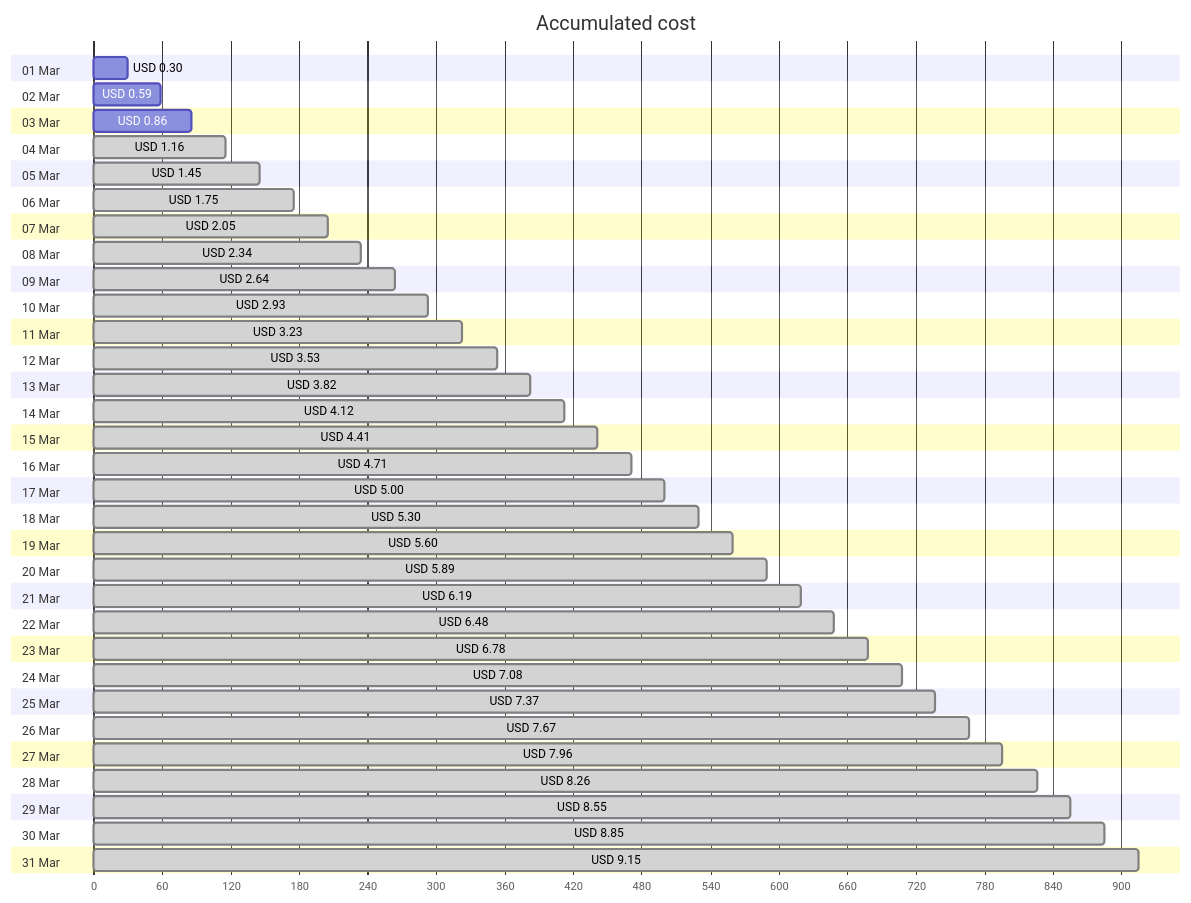
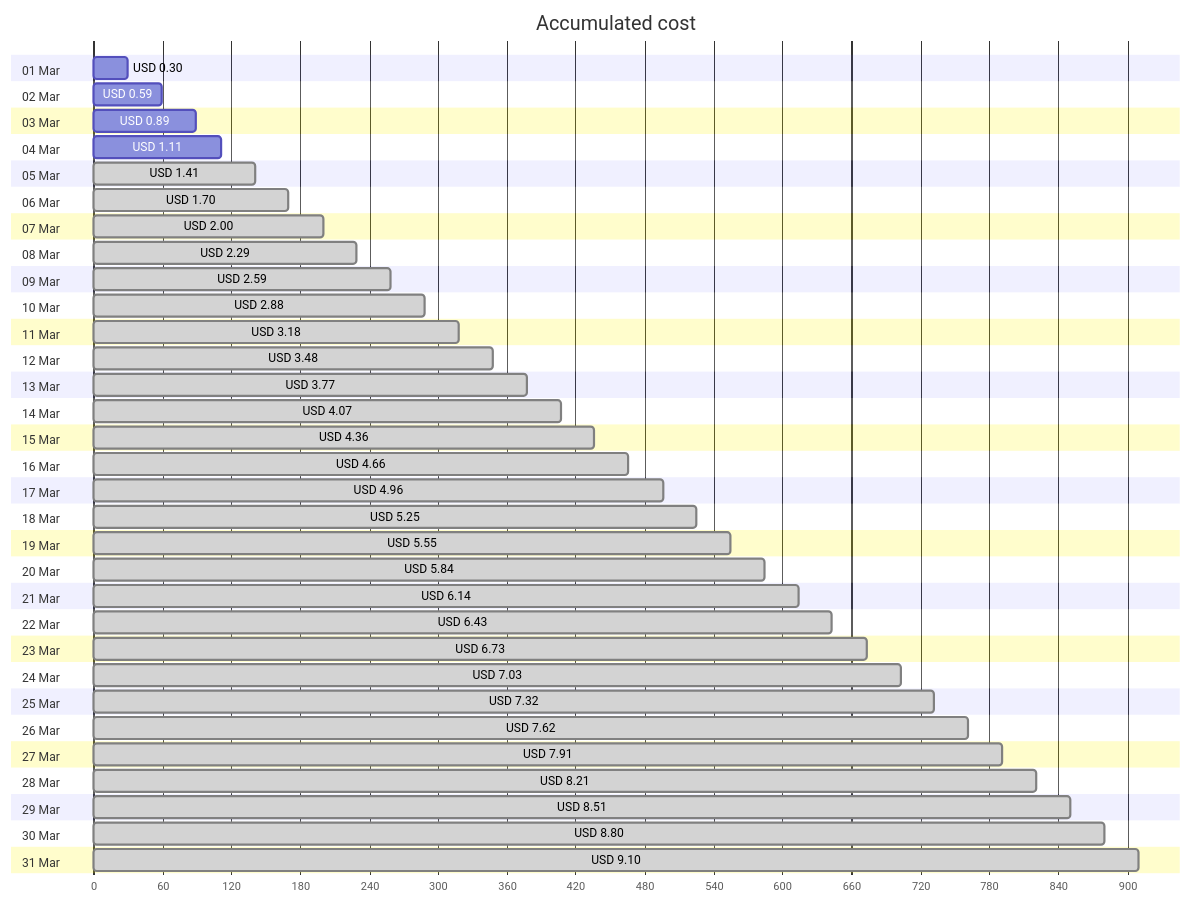
The first of 4 diagrams in cost-reports/personal-site/personal-site-preview.md (jpfulton/azure-personal-reports), drawn with Mermaid before and after one commit. The commit also changed other lines of this file and 6 other files, not shown here.

````diff
--- a/cost-reports/personal-site/personal-site-preview.md
+++ b/cost-reports/personal-site/personal-site-preview.md
@@ -20,68 +20,68 @@
 ```mermaid
 gantt
    title Accumulated cost
    dateFormat  X
    axisFormat %s
    section 01 Mar
    USD 0.30 :0, 30
    section 02 Mar
    USD 0.59 :0, 59
    section 03 Mar
-   USD 0.86 :0, 86
+   USD 0.89 :0, 89
    section 04 Mar
-   USD 1.16 : done, 0, 116
+   USD 1.11 :0, 111
    section 05 Mar
-   USD 1.45 : done, 0, 145
+   USD 1.41 : done, 0, 141
    section 06 Mar
-   USD 1.75 : done, 0, 175
+   USD 1.70 : done, 0, 170
    section 07 Mar
-   USD 2.05 : done, 0, 205
+   USD 2.00 : done, 0, 200
    section 08 Mar
-   USD 2.34 : done, 0, 234
+   USD 2.29 : done, 0, 229
    section 09 Mar
-   USD 2.64 : done, 0, 264
+   USD 2.59 : done, 0, 259
    section 10 Mar
-   USD 2.93 : done, 0, 293
+   USD 2.88 : done, 0, 288
    section 11 Mar
-   USD 3.23 : done, 0, 323
+   USD 3.18 : done, 0, 318
    section 12 Mar
-   USD 3.53 : done, 0, 353
+   USD 3.48 : done, 0, 348
    section 13 Mar
-   USD 3.82 : done, 0, 382
+   USD 3.77 : done, 0, 377
    section 14 Mar
-   USD 4.12 : done, 0, 412
+   USD 4.07 : done, 0, 407
    section 15 Mar
-   USD 4.41 : done, 0, 441
+   USD 4.36 : done, 0, 436
    section 16 Mar
-   USD 4.71 : done, 0, 471
+   USD 4.66 : done, 0, 466
    section 17 Mar
-   USD 5.00 : done, 0, 500
+   USD 4.96 : done, 0, 496
    section 18 Mar
-   USD 5.30 : done, 0, 530
+   USD 5.25 : done, 0, 525
    section 19 Mar
-   USD 5.60 : done, 0, 560
+   USD 5.55 : done, 0, 555
    section 20 Mar
-   USD 5.89 : done, 0, 589
+   USD 5.84 : done, 0, 584
    section 21 Mar
-   USD 6.19 : done, 0, 619
+   USD 6.14 : done, 0, 614
    section 22 Mar
-   USD 6.48 : done, 0, 648
+   USD 6.43 : done, 0, 643
    section 23 Mar
-   USD 6.78 : done, 0, 678
+   USD 6.73 : done, 0, 673
    section 24 Mar
-   USD 7.08 : done, 0, 708
+   USD 7.03 : done, 0, 703
    section 25 Mar
-   USD 7.37 : done, 0, 737
+   USD 7.32 : done, 0, 732
    section 26 Mar
-   USD 7.67 : done, 0, 767
+   USD 7.62 : done, 0, 762
    section 27 Mar
-   USD 7.96 : done, 0, 796
+   USD 7.91 : done, 0, 791
    section 28 Mar
-   USD 8.26 : done, 0, 826
+   USD 8.21 : done, 0, 821
    section 29 Mar
-   USD 8.55 : done, 0, 855
+   USD 8.51 : done, 0, 851
    section 30 Mar
-   USD 8.85 : done, 0, 885
+   USD 8.80 : done, 0, 880
    section 31 Mar
-   USD 9.15 : done, 0, 915
+   USD 9.10 : done, 0, 910
 ```
````
